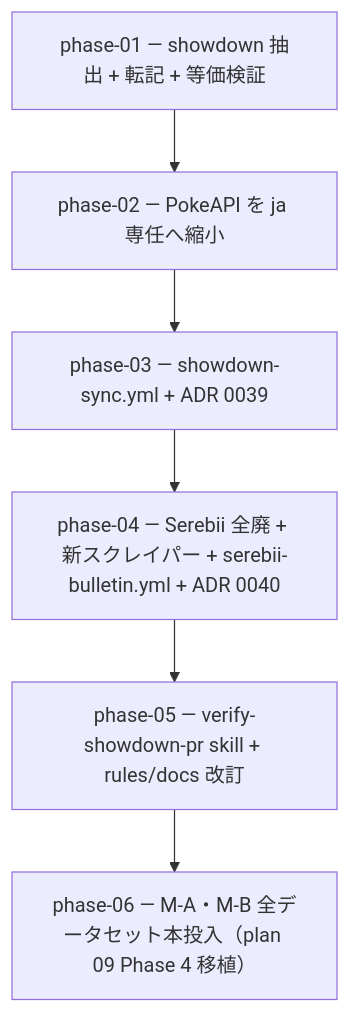
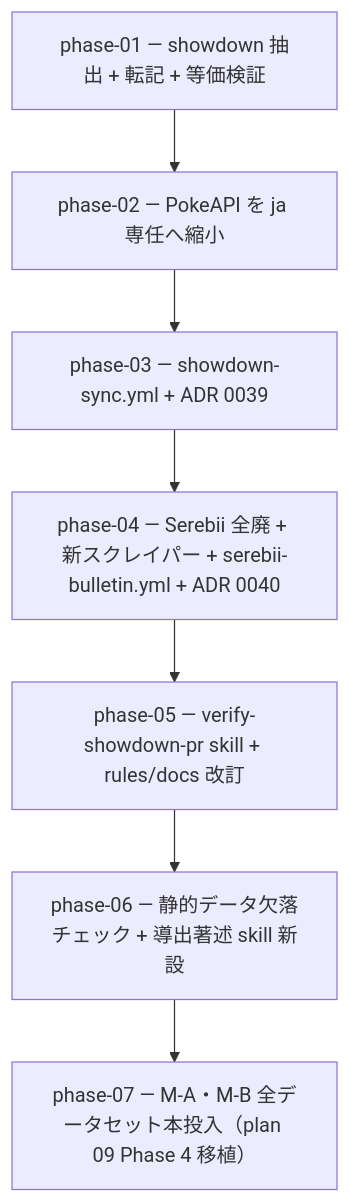
One commit to subroh0508/pokeform changed the diagram in docs/roadmap/10-showdown-first-data/README.md. Above: the diagram before and after it, drawn with Mermaid. The commit also changed other lines of this file and 11 other files, not shown here.

First line of the commit message:
docs(roadmap): plan 10 に静的データ著述 skill phase を挿入（旧 Phase 6 → 7 renumber）

````diff
--- a/docs/roadmap/10-showdown-first-data/README.md
+++ b/docs/roadmap/10-showdown-first-data/README.md
@@ -9,8 +9,9 @@
 ```mermaid
 flowchart TD
     P1[phase-01 — showdown 抽出 + 転記 + 等価検証] --> P2[phase-02 — PokeAPI を ja 専任へ縮小]
     P2 --> P3[phase-03 — showdown-sync.yml + ADR 0039]
     P3 --> P4[phase-04 — Serebii 全廃 + 新スクレイパー + serebii-bulletin.yml + ADR 0040]
     P4 --> P5[phase-05 — verify-showdown-pr skill + rules/docs 改訂]
-    P5 --> P6[phase-06 — M-A・M-B 全データセット本投入（plan 09 Phase 4 移植）]
+    P5 --> P6[phase-06 — 静的データ欠落チェック + 導出著述 skill 新設]
+    P6 --> P7[phase-07 — M-A・M-B 全データセット本投入（plan 09 Phase 4 移植）]
 ```
````
